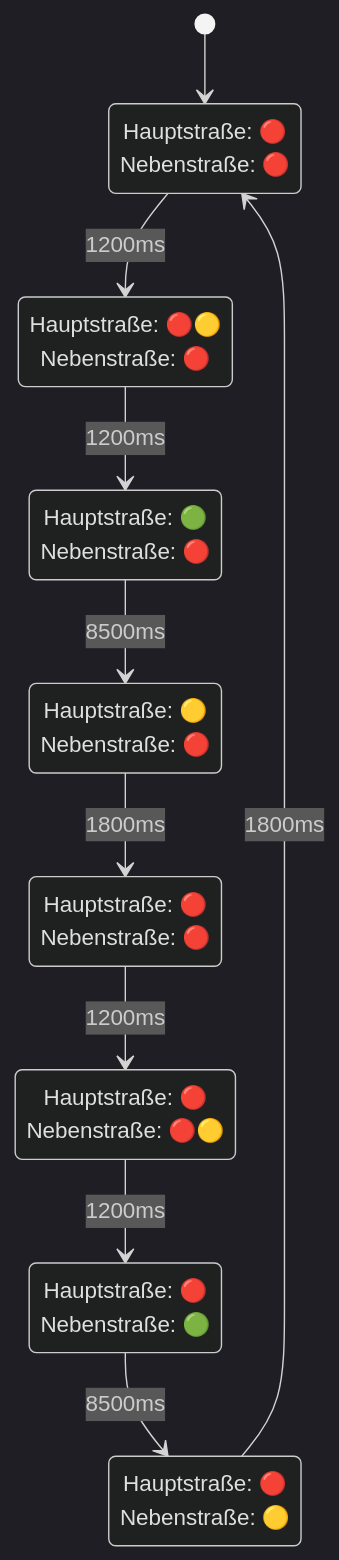
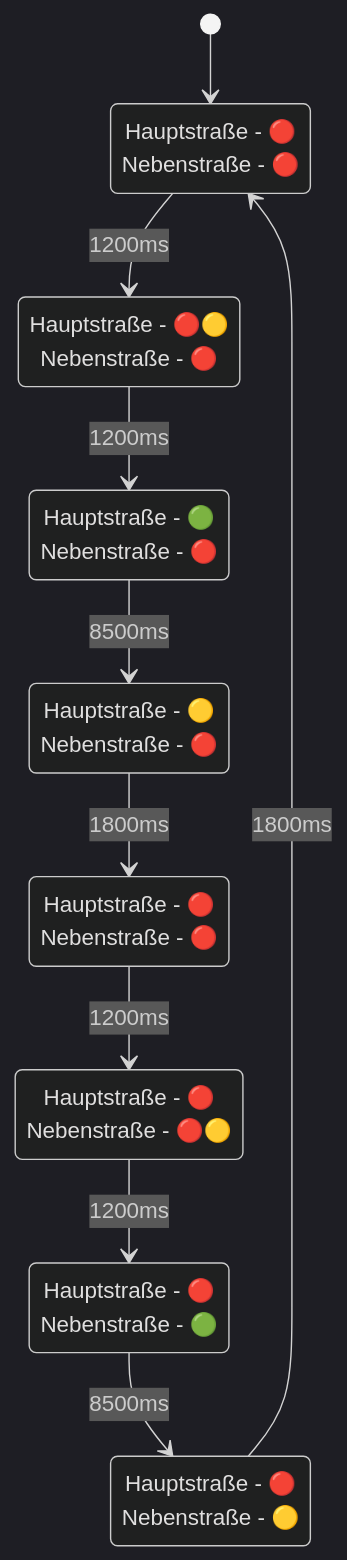
One commit to wago-enterprise-education/exponat-ampelsteuerung changed the diagram in src/python/vsc-ext-v0.2/exercise1_io_mapping/README.md. Above: the diagram before and after it, drawn with Mermaid (dark theme). The commit also changed 2 other files, not shown here.

Commit message:
Update README.md to standardize state diagram formatting with hyphens

````diff
--- a/src/python/vsc-ext-v0.2/exercise1_io_mapping/README.md
+++ b/src/python/vsc-ext-v0.2/exercise1_io_mapping/README.md
@@ -25,28 +25,28 @@
 ```mermaid
 stateDiagram-v2
     [*] --> AllRot1
     
-    AllRot1: Hauptstraße: 🔴<br/>Nebenstraße: 🔴
+    AllRot1: Hauptstraße - 🔴<br/>Nebenstraße - 🔴
     AllRot1 --> HauptRotGelb: 1200ms
     
-    HauptRotGelb: Hauptstraße: 🔴🟡<br/>Nebenstraße: 🔴
+    HauptRotGelb: Hauptstraße - 🔴🟡<br/>Nebenstraße - 🔴
     HauptRotGelb --> HauptGrün: 1200ms
     
-    HauptGrün: Hauptstraße: 🟢<br/>Nebenstraße: 🔴
+    HauptGrün: Hauptstraße - 🟢<br/>Nebenstraße - 🔴
     HauptGrün --> HauptGelb: 8500ms
     
-    HauptGelb: Hauptstraße: 🟡<br/>Nebenstraße: 🔴
+    HauptGelb: Hauptstraße - 🟡<br/>Nebenstraße - 🔴
     HauptGelb --> AllRot2: 1800ms
     
-    AllRot2: Hauptstraße: 🔴<br/>Nebenstraße: 🔴
+    AllRot2: Hauptstraße - 🔴<br/>Nebenstraße - 🔴
     AllRot2 --> NebenRotGelb: 1200ms
     
-    NebenRotGelb: Hauptstraße: 🔴<br/>Nebenstraße: 🔴🟡
+    NebenRotGelb: Hauptstraße - 🔴<br/>Nebenstraße - 🔴🟡
     NebenRotGelb --> NebenGrün: 1200ms
     
-    NebenGrün: Hauptstraße: 🔴<br/>Nebenstraße: 🟢
+    NebenGrün: Hauptstraße - 🔴<br/>Nebenstraße - 🟢
     NebenGrün --> NebenGelb: 8500ms
     
-    NebenGelb: Hauptstraße: 🔴<br/>Nebenstraße: 🟡
+    NebenGelb: Hauptstraße - 🔴<br/>Nebenstraße - 🟡
     NebenGelb --> AllRot1: 1800ms
 ```
````
